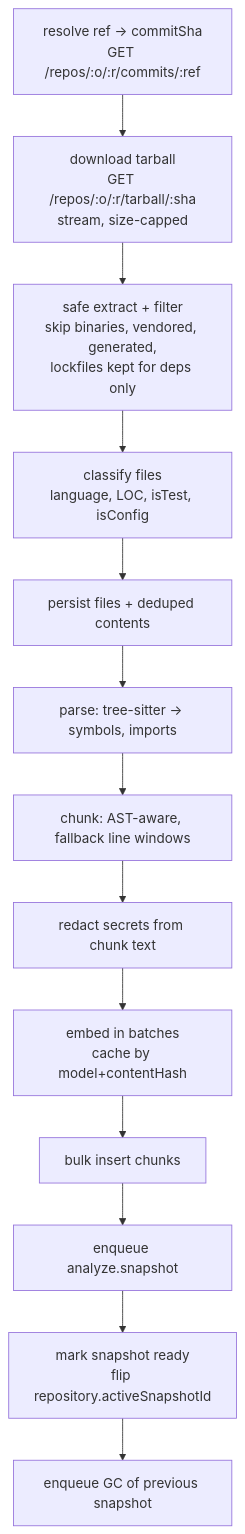
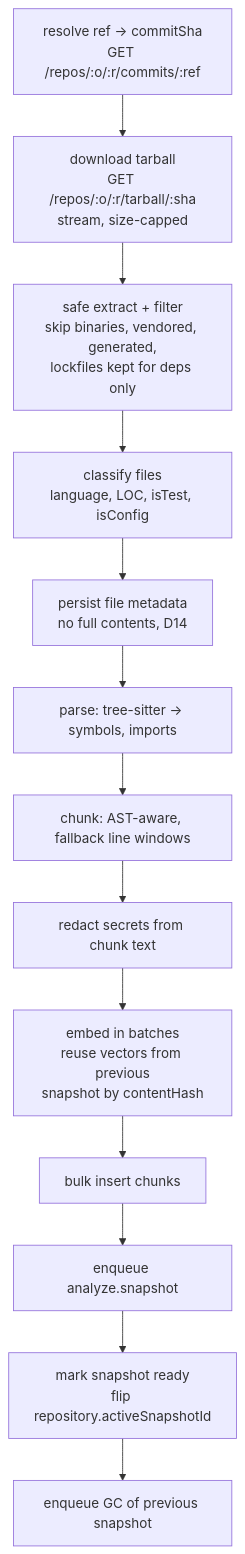
One commit to rahul-at-dev/RepoPilot-AI changed the second of 4 diagrams in docs/ARCHITECTURE.md. Above: the diagram before and after it, drawn with Mermaid. The commit also changed other lines of this file and 2 other files, not shown here.

Commit message:
docs: apply approved decisions D1-D15 to architecture and plan

````diff
--- a/docs/ARCHITECTURE.md
+++ b/docs/ARCHITECTURE.md
@@ -297,15 +299,15 @@
 ```mermaid
 flowchart TD
   A[resolve ref → commitSha<br/>GET /repos/:o/:r/commits/:ref] --> B[download tarball<br/>GET /repos/:o/:r/tarball/:sha<br/>stream, size-capped]
   B --> C[safe extract + filter<br/>skip binaries, vendored, generated,<br/>lockfiles kept for deps only]
   C --> D[classify files<br/>language, LOC, isTest, isConfig]
-  D --> E[persist files + deduped contents]
+  D --> E[persist file metadata<br/>no full contents, D14]
   E --> F[parse: tree-sitter → symbols, imports]
   F --> G[chunk: AST-aware, fallback line windows]
   G --> H[redact secrets from chunk text]
-  H --> I[embed in batches<br/>cache by model+contentHash]
+  H --> I[embed in batches<br/>reuse vectors from previous<br/>snapshot by contentHash]
   I --> J[bulk insert chunks]
   J --> K[enqueue analyze.snapshot]
   K --> L[mark snapshot ready<br/>flip repository.activeSnapshotId]
   L --> M[enqueue GC of previous snapshot]
 ```
````
